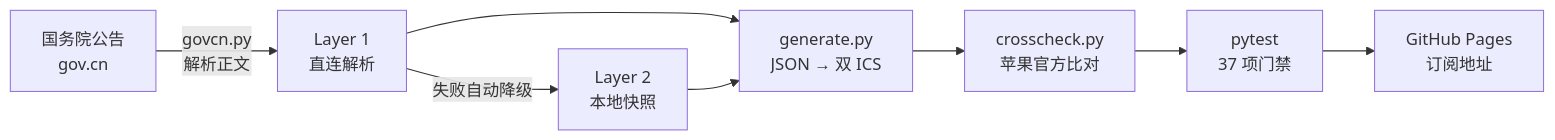
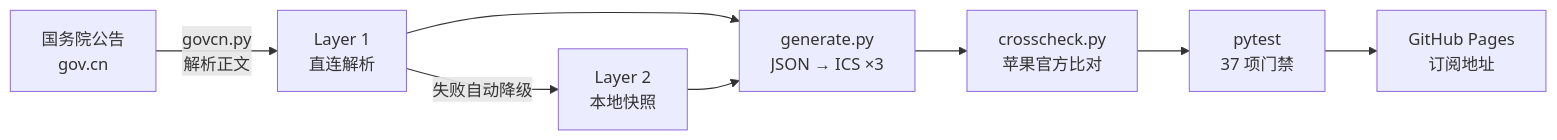
The diagram in README.md (ygnstudio/RedDays), drawn with Mermaid before and after one commit. The commit also changed other lines of this file and 4 other files, not shown here.

````diff
--- a/README.md
+++ b/README.md
@@ -47,10 +49,10 @@
 ```mermaid
 flowchart LR
     A[国务院公告<br>gov.cn] -->|govcn.py<br>解析正文| B[Layer 1<br>直连解析]
     B -->|失败自动降级| C[Layer 2<br>本地快照]
-    B --> D[generate.py<br>JSON → 双 ICS]
+    B --> D[generate.py<br>JSON → ICS ×3]
     C --> D
     D --> F[crosscheck.py<br>苹果官方比对]
     F --> G[pytest<br>37 项门禁]
     G --> H[GitHub Pages<br>订阅地址]
 ```
````
